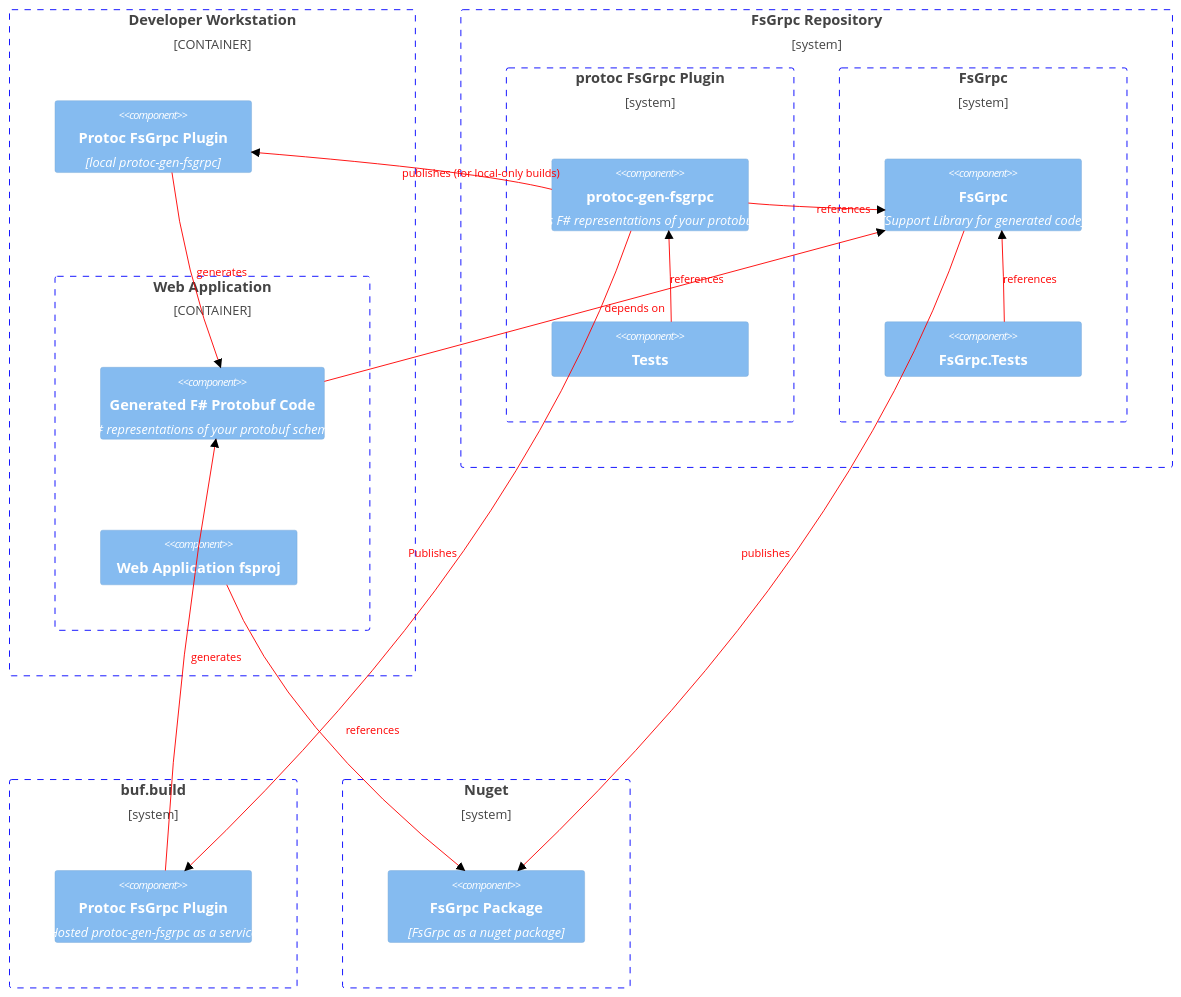
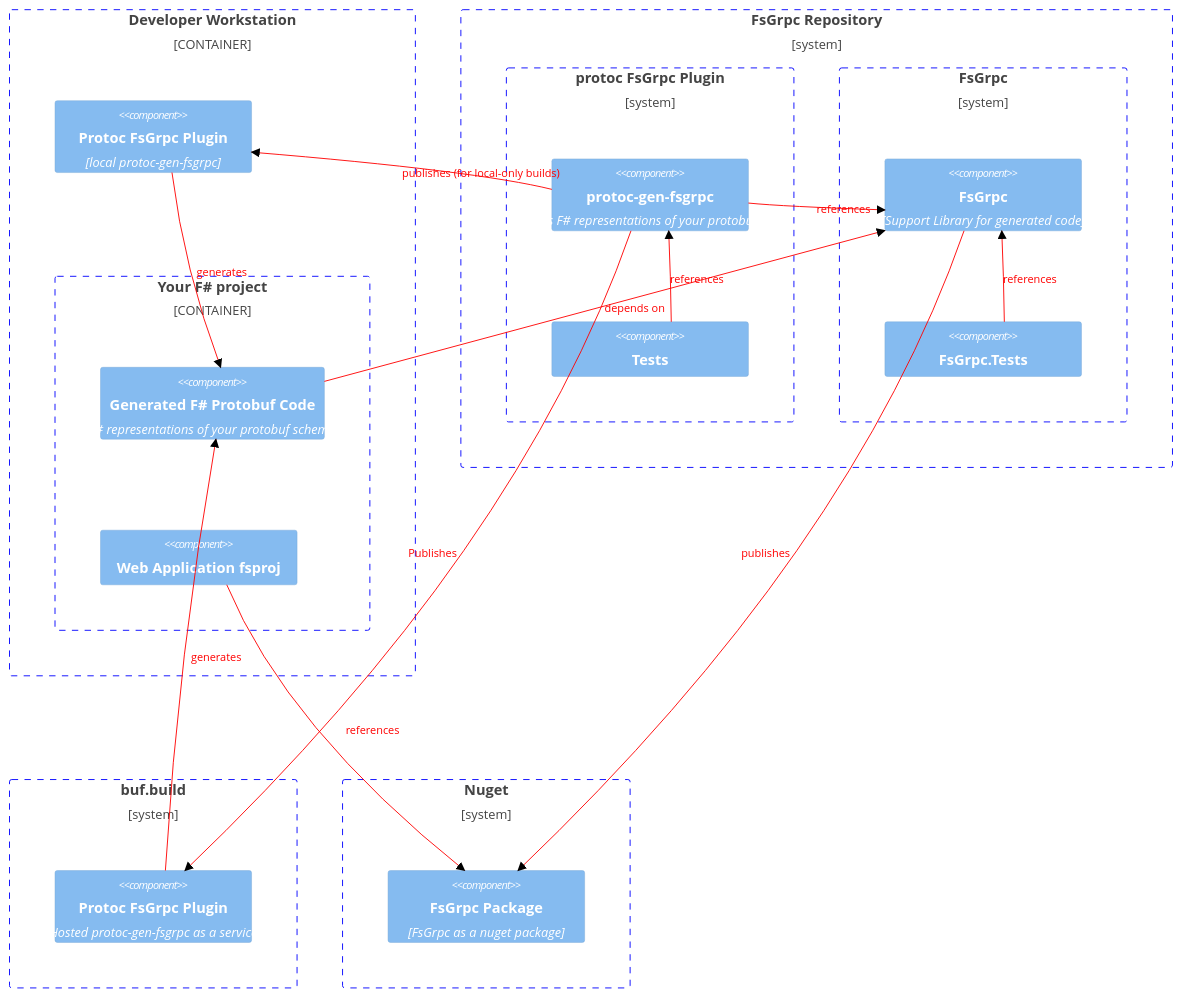
Before and after one commit to dmgtech/fsgrpc: the diagram in README.md, drawn with Mermaid (forest theme).

Commit message:
minor wording tweak in system diagram

````diff
--- a/README.md
+++ b/README.md
@@ -12,62 +12,62 @@
 ```mermaid
 
 C4Context
   Container_Boundary(workstation, "Developer Workstation", $link="https://github.com/plantuml-stdlib/C4-PlantUML") {
-      Container_Boundary(your_app, "Web Application"){
+      Container_Boundary(your_fsharp_project, "Your F# project"){
           Component(generatedcode, "Generated F# Protobuf Code", "F# representations of your protobuf schema")
           Component(projectfile, "Web Application fsproj")
       }
       Component(protoc_fsgrpc_plugin_local, "Protoc FsGrpc Plugin", "local protoc-gen-fsgrpc")
   }
 
   Boundary(fsgrpc_repository, "FsGrpc Repository"){
      Boundary(protoc_component, "protoc FsGrpc Plugin"){
          Component(protoc_gen_fsgrpc,"protoc-gen-fsgrpc", "Generates F# representations of your protobuf schema")
          Component(protoc_gen_fsgrpc_tests, "Tests")
      }
      Boundary(fsgrpc_component, "FsGrpc"){
          Component(fsgrpc, "FsGrpc", "Support Library for generated code")
          Component(fsgrpc_tests, "FsGrpc.Tests")
      }
   }
 
   Boundary(buf, "buf.build"){
       Component(protoc_fsgrpc_plugin, "Protoc FsGrpc Plugin", "Hosted protoc-gen-fsgrpc as a service")
   }
 
   Boundary(nuget, "Nuget"){
       Component(fsgrpc_nuget, "FsGrpc Package", "FsGrpc as a nuget package")
   }
 
 
   UpdateElementStyle(workstation, $fontColor="blue", $borderColor="blue", $legendTest=" ")
-  UpdateElementStyle(your_app, $fontColor="blue", $borderColor="blue", $legendTest=" ")
+  UpdateElementStyle(your_fsharp_project, $fontColor="blue", $borderColor="blue", $legendTest=" ")
   
   UpdateElementStyle(fsgrpc_repository, $fontColor="blue", $borderColor="blue", $legendTest=" ")
   UpdateElementStyle(protoc_component, $fontColor="blue", $borderColor="blue", $legendTest=" ")
   UpdateElementStyle(fsgrpc_component, $fontColor="blue", $borderColor="blue", $legendTest=" ")
   
   UpdateElementStyle(buf, $fontColor="blue", $borderColor="blue", $legendTest=" ")
   UpdateElementStyle(nuget, $fontColor="blue", $borderColor="blue", $legendTest=" ")
   Rel(generatedcode, fsgrpc, "depends on")
   UpdateRelStyle(generatedcode, fsgrpc, $textColor="red", $lineColor="red")
   Rel(fsgrpc, fsgrpc_nuget, "publishes")
   UpdateRelStyle(fsgrpc, fsgrpc_nuget, $textColor="red", $lineColor="red")
   Rel(protoc_gen_fsgrpc, protoc_fsgrpc_plugin, "Publishes")
   UpdateRelStyle(protoc_gen_fsgrpc, protoc_fsgrpc_plugin, $textColor="red", $lineColor="red")
   Rel(protoc_gen_fsgrpc, protoc_fsgrpc_plugin_local, "publishes (for local-only builds)")
   UpdateRelStyle(protoc_gen_fsgrpc, protoc_fsgrpc_plugin_local, $textColor="red", $lineColor="red")
   Rel(protoc_fsgrpc_plugin, generatedcode, "generates")
   UpdateRelStyle(protoc_fsgrpc_plugin, generatedcode, $textColor="red", $lineColor="red")
   Rel(projectfile, fsgrpc_nuget, "references")
   UpdateRelStyle(projectfile, fsgrpc_nuget, $textColor="red", $lineColor="red")
   Rel(protoc_fsgrpc_plugin_local, generatedcode, "generates")
   UpdateRelStyle(protoc_fsgrpc_plugin_local, generatedcode, $textColor="red", $lineColor="red")
   Rel(protoc_gen_fsgrpc, fsgrpc, "references")
   UpdateRelStyle(protoc_gen_fsgrpc, fsgrpc, $textColor="red", $lineColor="red")
   Rel(fsgrpc_tests, fsgrpc, "references")
   UpdateRelStyle(fsgrpc_tests, fsgrpc, $textColor="red", $lineColor="red")
   Rel(protoc_gen_fsgrpc_tests, protoc_gen_fsgrpc, "references")
   UpdateRelStyle(protoc_gen_fsgrpc_tests, protoc_gen_fsgrpc, $textColor="red", $lineColor="red")
 
 ```
````
